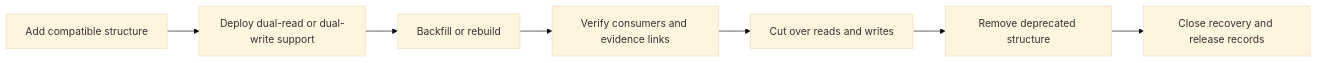
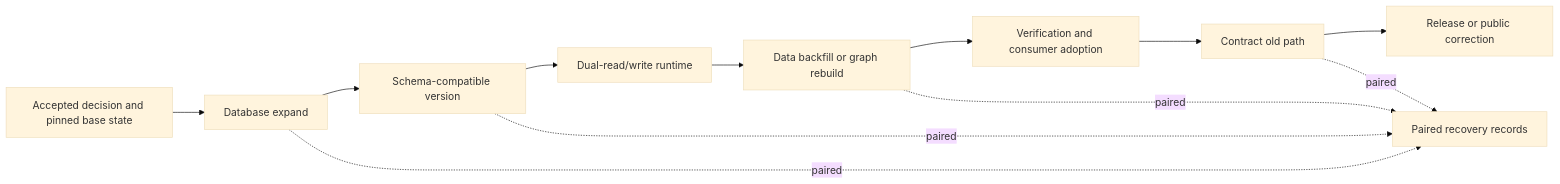
Before and after one commit to bartytime4life/Kansas-Frontier-Matrix: the diagram in migrations/README.md, drawn with Mermaid (base theme). The commit also changed other lines of this file, not shown here.

````diff
--- a/migrations/README.md
+++ b/migrations/README.md
@@ -517,9 +740,18 @@
 ```mermaid
 flowchart LR
-    A[Add compatible structure] --> B[Deploy dual-read or dual-write support]
-    B --> C[Backfill or rebuild]
-    C --> D[Verify consumers and evidence links]
-    D --> E[Cut over reads and writes]
-    E --> F[Remove deprecated structure]
-    F --> G[Close recovery and release records]
+    A[Accepted decision and pinned base state]
+    B[Database expand]
+    C[Schema-compatible version]
+    D[Dual-read/write runtime]
+    E[Data backfill or graph rebuild]
+    F[Verification and consumer adoption]
+    G[Contract old path]
+    H[Release or public correction]
+    R[Paired recovery records]
+
+    A --> B --> C --> D --> E --> F --> G --> H
+    B -. paired .-> R
+    C -. paired .-> R
+    E -. paired .-> R
+    G -. paired .-> R
 ```
````
